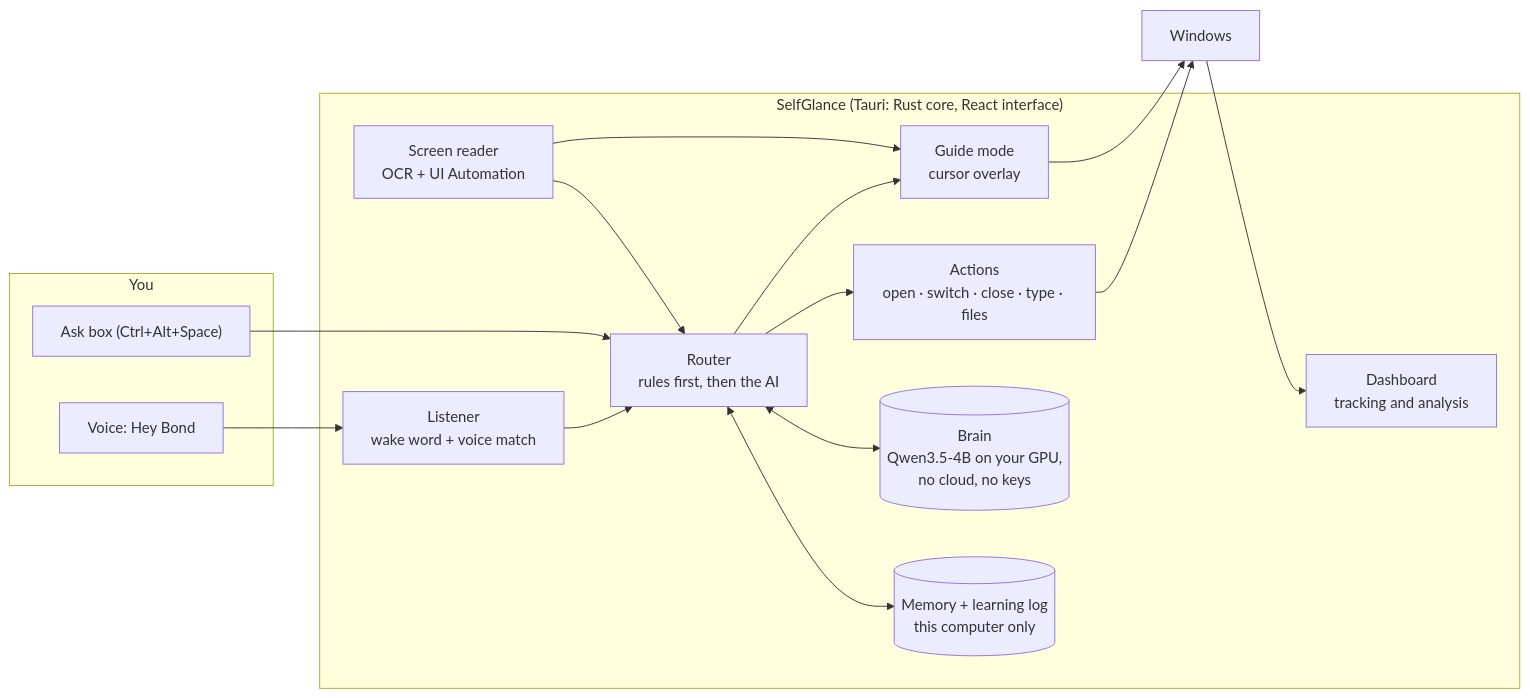
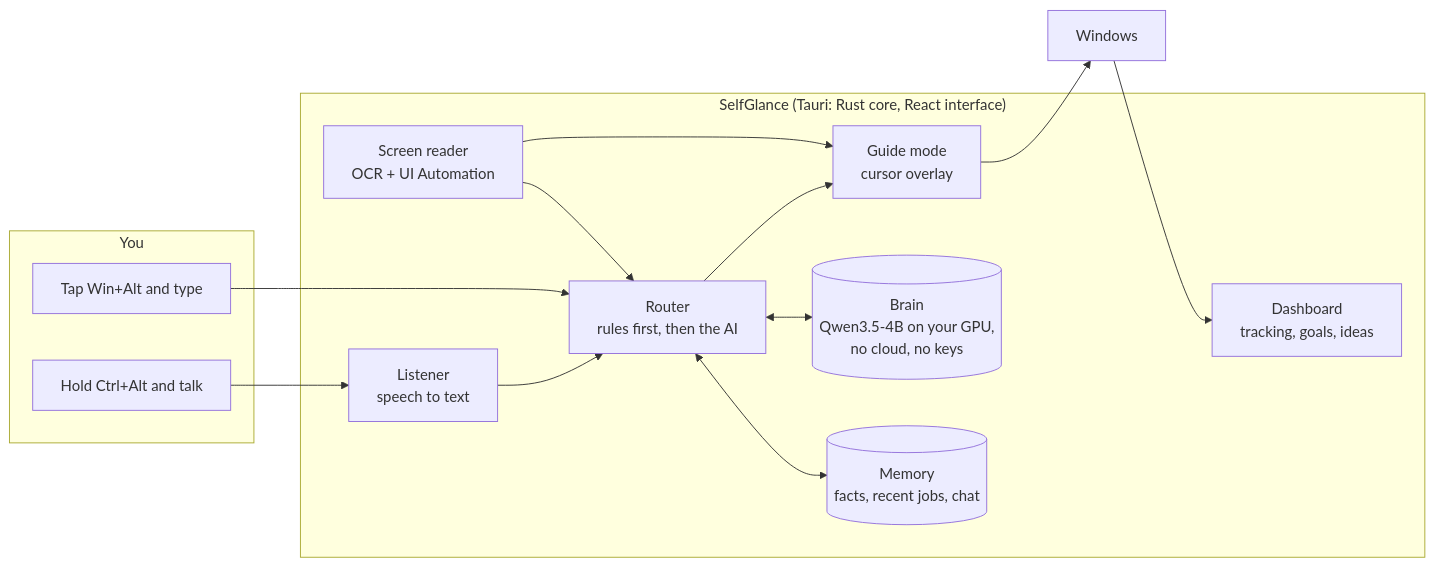
The second of 2 diagrams in README.md (bashantatiwari/selfglance_app), drawn with Mermaid before and after one commit. The commit also changed other lines of this file and 80 other files, not shown here.

First line of the commit message:
Plan page, About you, photo buddy, reminders, modifier-only hotkeys, guide and memory refinements

````diff
--- a/README.md
+++ b/README.md
@@ -139,28 +109,25 @@
 ```mermaid
 flowchart LR
     subgraph In["You"]
-        V["Voice: Hey Bond"]
-        T["Ask box (Ctrl+Alt+Space)"]
+        V["Hold Ctrl+Alt and talk"]
+        T["Tap Win+Alt and type"]
     end
     subgraph App["SelfGlance (Tauri: Rust core, React interface)"]
-        L["Listener<br/>wake word + voice match"]
+        L["Listener<br/>speech to text"]
         R["Router<br/>rules first, then the AI"]
-        A["Actions<br/>open · switch · close · type · files"]
         G["Guide mode<br/>cursor overlay"]
         S["Screen reader<br/>OCR + UI Automation"]
         B[("Brain<br/>Qwen3.5-4B on your GPU,<br/>no cloud, no keys")]
-        M[("Memory + learning log<br/>this computer only")]
-        D["Dashboard<br/>tracking and analysis"]
+        M[("Memory<br/>facts, recent jobs, chat")]
+        D["Dashboard<br/>tracking, goals, ideas"]
     end
     V --> L --> R
     T --> R
     R <--> B
     R <--> M
-    R --> A
     R --> G
     S --> R
     S --> G
-    A --> Win["Windows"]
-    G --> Win
+    G --> Win["Windows"]
     Win --> D
 ```
````
